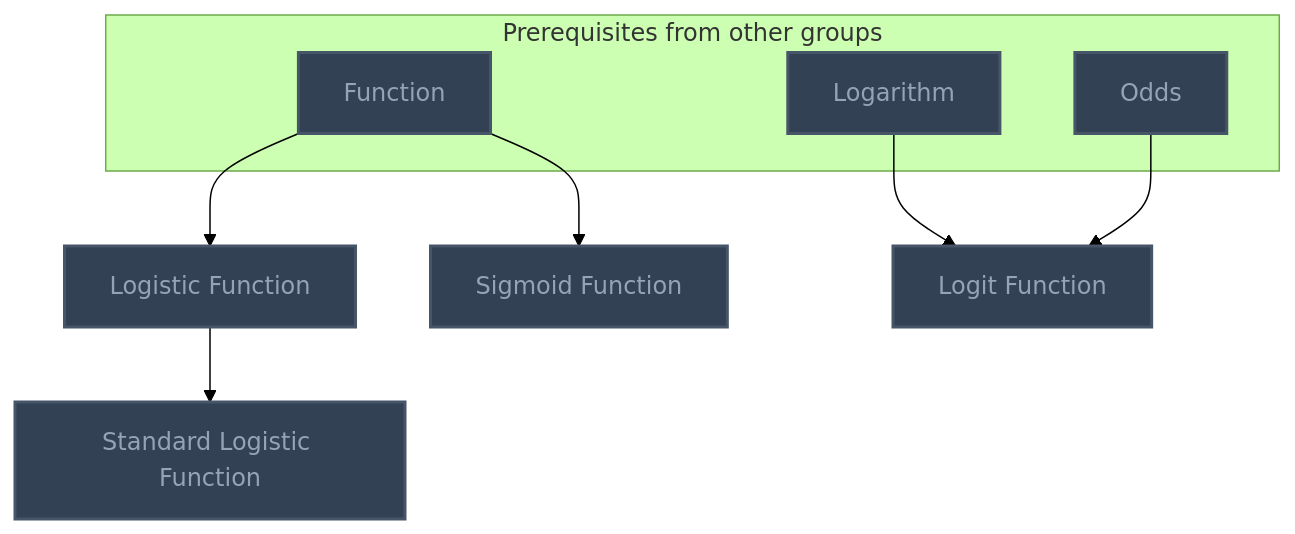
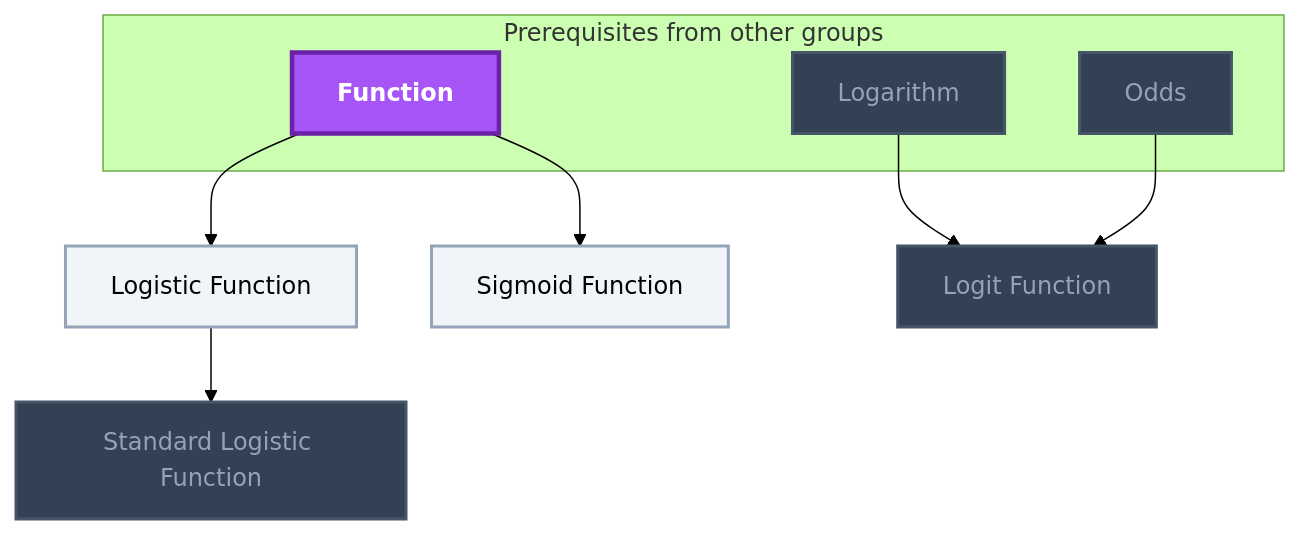
One commit to MRauf1/My-Notes changed the ninth of 11 diagrams in Gamification/Skill Trees/Categorical Variable Prediction.md. Above: the diagram before and after it, drawn with Mermaid (forest theme). The commit also changed other lines of this file and 156 other files, not shown here.

````diff
--- a/Gamification/Skill Trees/Categorical Variable Prediction.md
+++ b/Gamification/Skill Trees/Categorical Variable Prediction.md
@@ -533,28 +534,30 @@
 ```mermaid
 flowchart TD
     classDef planned fill:#1E293B,stroke:#64748B,stroke-width:2px,stroke-dasharray:5 5,color:#94A3B8;
     classDef locked fill:#334155,stroke:#475569,stroke-width:2px,color:#94A3B8;
     classDef L0 fill:#F1F5F9,stroke:#94A3B8,stroke-width:2px,color:#000000;
     classDef L1 fill:#22C55E,stroke:#15803D,stroke-width:2px,color:#000000;
     classDef L2 fill:#3B82F6,stroke:#1D4ED8,stroke-width:3px,color:#FFFFFF;
     classDef L3 fill:#A855F7,stroke:#6B21A8,stroke-width:3px,color:#FFFFFF,font-weight:bold;
     classDef L4 fill:#F97316,stroke:#C2410C,stroke-width:4px,color:#000000,font-weight:bold;
     classDef L5 fill:#FFD700,stroke:#FF8C00,stroke-width:5px,color:#000000,font-weight:bold;
     classDef rusty stroke:#8B4513,stroke-width:4px,stroke-dasharray:3 3;
     subgraph sg_prereqs["Prerequisites from other groups"]
         n_function["Function"]
         n_logarithm["Logarithm"]
         n_odds["Odds"]
     end
     n_logistic_function["Logistic Function"]
     n_standard_logistic_function["Standard Logistic Function"]
     n_sigmoid_function["Sigmoid Function"]
     n_logit_function["Logit Function"]
     n_function --> n_logistic_function
     n_logistic_function --> n_standard_logistic_function
     n_function --> n_sigmoid_function
     n_logarithm --> n_logit_function
     n_odds --> n_logit_function
-    class n_function,n_logarithm,n_odds,n_logistic_function,n_standard_logistic_function,n_sigmoid_function,n_logit_function locked;
+    class n_logarithm,n_odds,n_standard_logistic_function,n_logit_function locked;
+    class n_logistic_function,n_sigmoid_function L0;
+    class n_function L3;
     class n_function,n_logarithm,n_odds,n_logistic_function,n_standard_logistic_function,n_sigmoid_function,n_logit_function internal-link;
 ```
````
